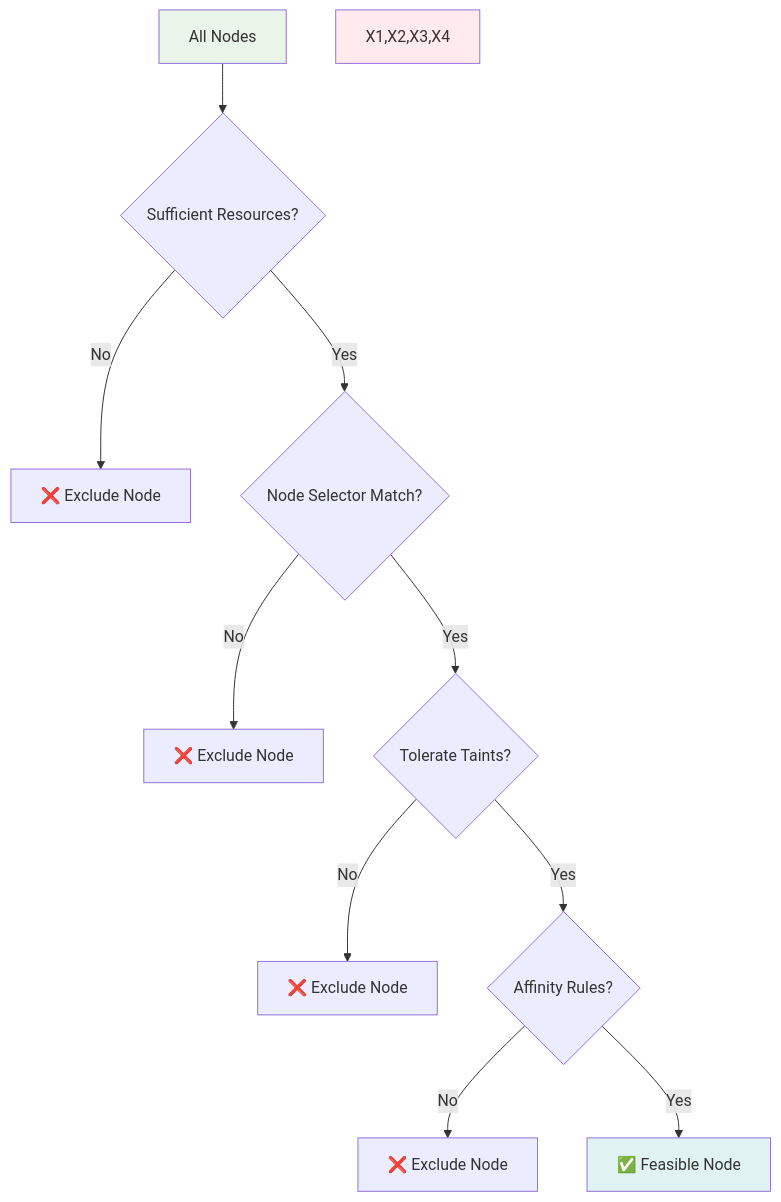
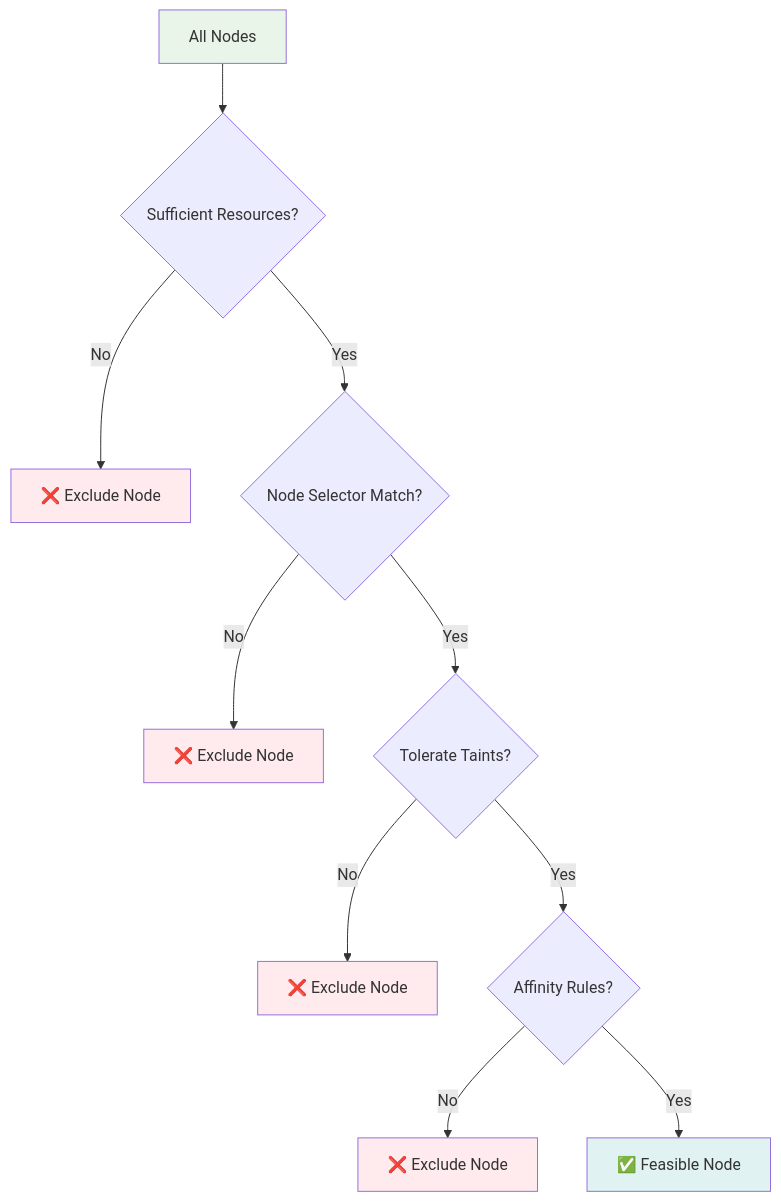
Before and after one commit to niceguy61/kdt_devops_lecture_2025: the second of 8 diagrams in theory/week_03/day1/session_3.md, drawn with Mermaid. The commit also changed other lines of this file, not shown here.

````diff
--- a/theory/week_03/day1/session_3.md
+++ b/theory/week_03/day1/session_3.md
@@ -94,16 +94,19 @@
 ```mermaid
 flowchart TD
     A[All Nodes] --> B{Sufficient Resources?}
     B -->|No| X1[❌ Exclude Node]
     B -->|Yes| C{Node Selector Match?}
     C -->|No| X2[❌ Exclude Node]
     C -->|Yes| D{Tolerate Taints?}
     D -->|No| X3[❌ Exclude Node]
     D -->|Yes| E{Affinity Rules?}
     E -->|No| X4[❌ Exclude Node]
     E -->|Yes| F[✅ Feasible Node]
     
     style A fill:#e8f5e8
     style F fill:#e0f2f1
-    style X1,X2,X3,X4 fill:#ffebee
+    style X1 fill:#ffebee
+    style X2 fill:#ffebee
+    style X3 fill:#ffebee
+    style X4 fill:#ffebee
 ```
````
